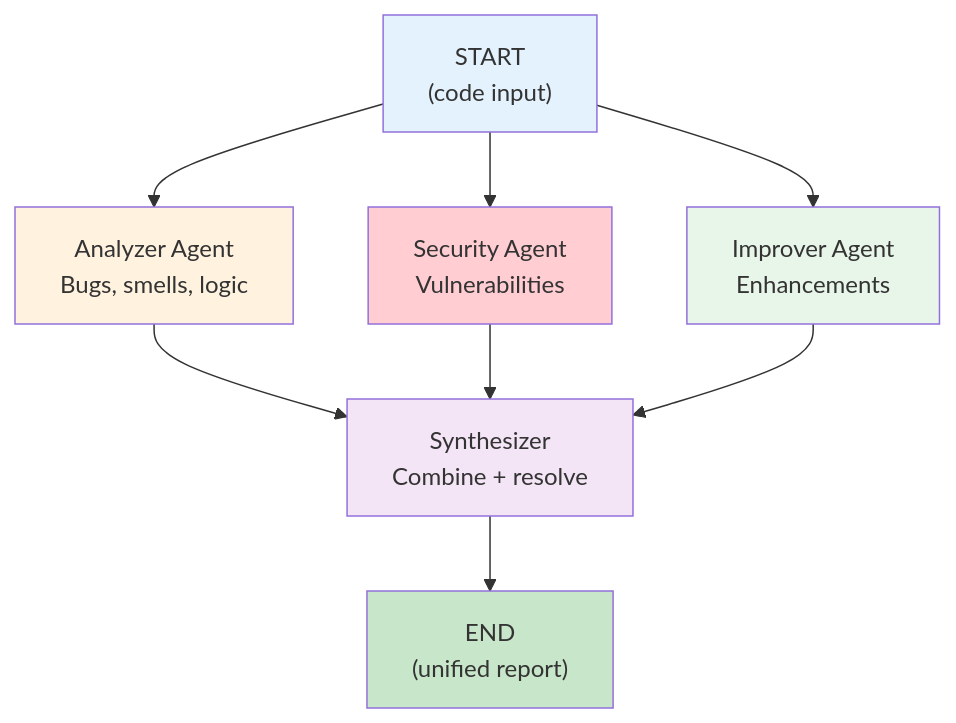
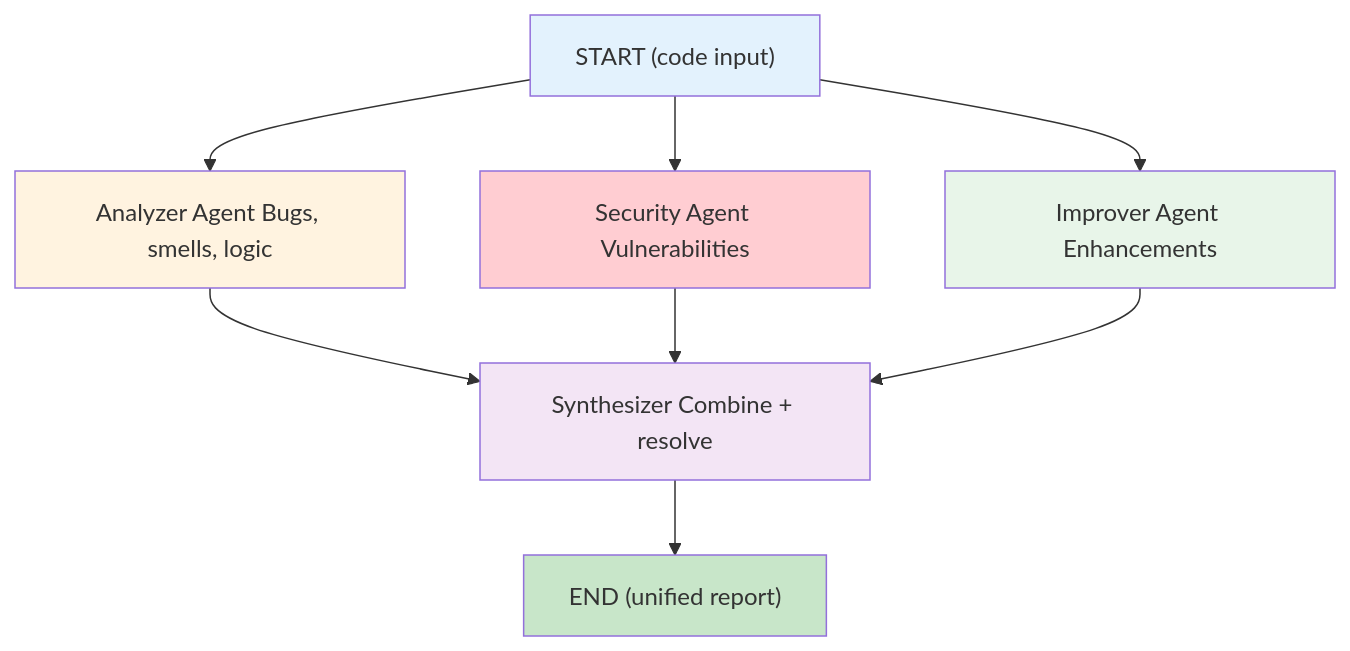
The sixth of 9 diagrams in ARCHITECTURE_DIAGRAMS.md (arctyra-ai/agentic-samples), drawn with Mermaid before and after one commit. The commit also changed other lines of this file, not shown here.

Commit message:
Update architecture diagrams formatting

````diff
--- a/ARCHITECTURE_DIAGRAMS.md
+++ b/ARCHITECTURE_DIAGRAMS.md
@@ -159,24 +159,24 @@
 ```mermaid
 graph TD
-    Start["START\n(code input)"]
-    Analyzer["Analyzer Agent\nBugs, smells, logic"]
-    Security["Security Agent\nVulnerabilities"]
-    Improver["Improver Agent\nEnhancements"]
-    Synth["Synthesizer\nCombine + resolve"]
-    End["END\n(unified report)"]
+    Start["START (code input)"]
+    Analyzer["Analyzer Agent Bugs, smells, logic"]
+    Security["Security Agent Vulnerabilities"]
+    Improver["Improver Agent Enhancements"]
+    Synth["Synthesizer Combine + resolve"]
+    End["END (unified report)"]
 
     Start --> Analyzer
     Start --> Security
     Start --> Improver
     Analyzer --> Synth
     Security --> Synth
     Improver --> Synth
     Synth --> End
 
     style Start fill:#e3f2fd
     style Analyzer fill:#fff3e0
     style Security fill:#ffcdd2
     style Improver fill:#e8f5e9
     style Synth fill:#f3e5f5
     style End fill:#c8e6c9
 ```
````
